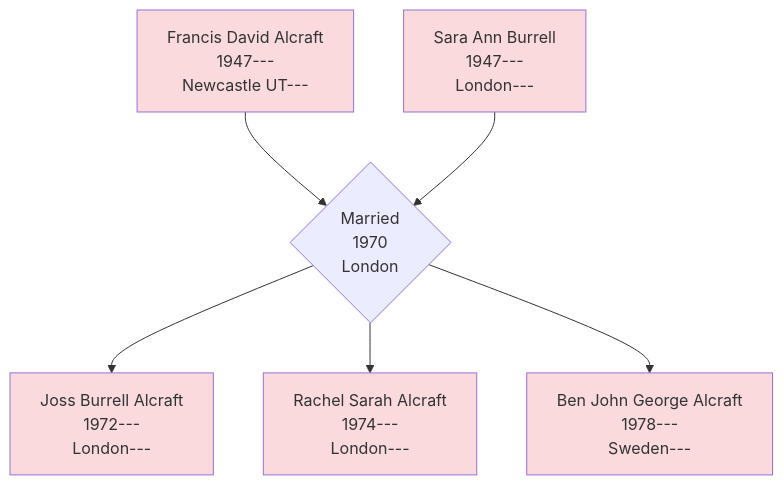
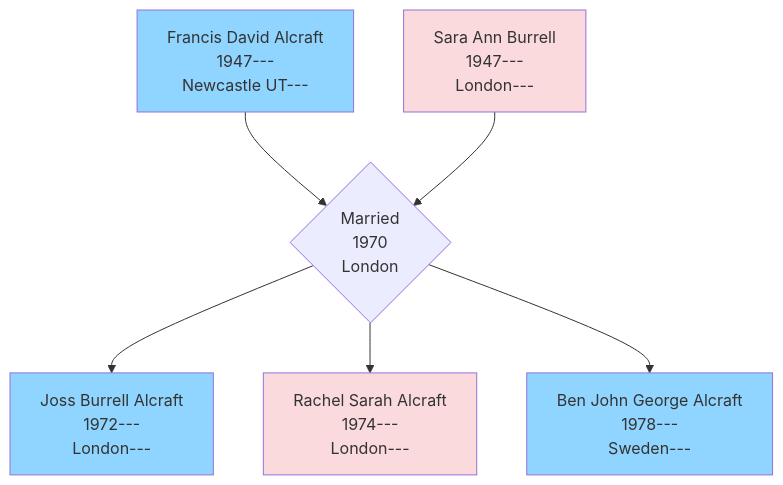
Before and after one commit to RachelAlcraft/family-tree: the diagram in docs/alcraft_1974_rachel.md, drawn with Mermaid.

````diff
--- a/docs/alcraft_1974_rachel.md
+++ b/docs/alcraft_1974_rachel.md
@@ -2,19 +2,19 @@
 ``` mermaid
 flowchart TD  
 FDA[Francis David Alcraft\n1947---\nNewcastle UT---];
 SAB[Sara Ann Burrell\n1947---\nLondon---];
 JBA[Joss Burrell Alcraft\n1972---\nLondon---];
 RSA[Rachel Sarah Alcraft\n1974---\nLondon---];
 BJGA[Ben John George Alcraft\n1978---\nSweden---];
 FDA --> FDASAB{Married\n1970\nLondon};
 SAB --> FDASAB;
 FDASAB --> JBA;
 FDASAB --> RSA;
 FDASAB --> BJGA;
-style FDA fill:#FADADD;
+style FDA fill:#90d5ff;
 style SAB fill:#FADADD;
-style JBA fill:#FADADD;
+style JBA fill:#90d5ff;
 style RSA fill:#FADADD;
-style BJGA fill:#FADADD;
+style BJGA fill:#90d5ff;
 click FDA "https://www.thenorthernecho.co.uk/history/8857492.dukes-piper/" "WA";
 ```
````
